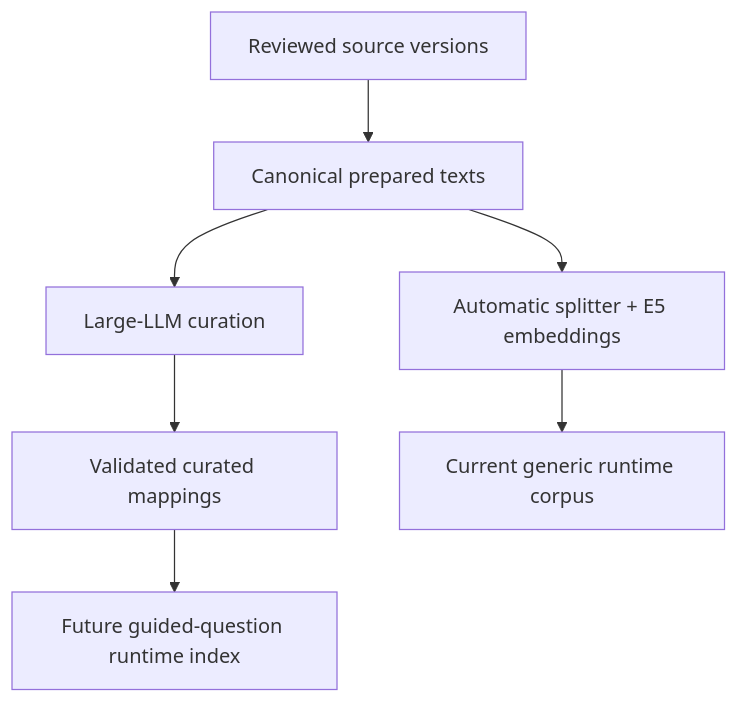
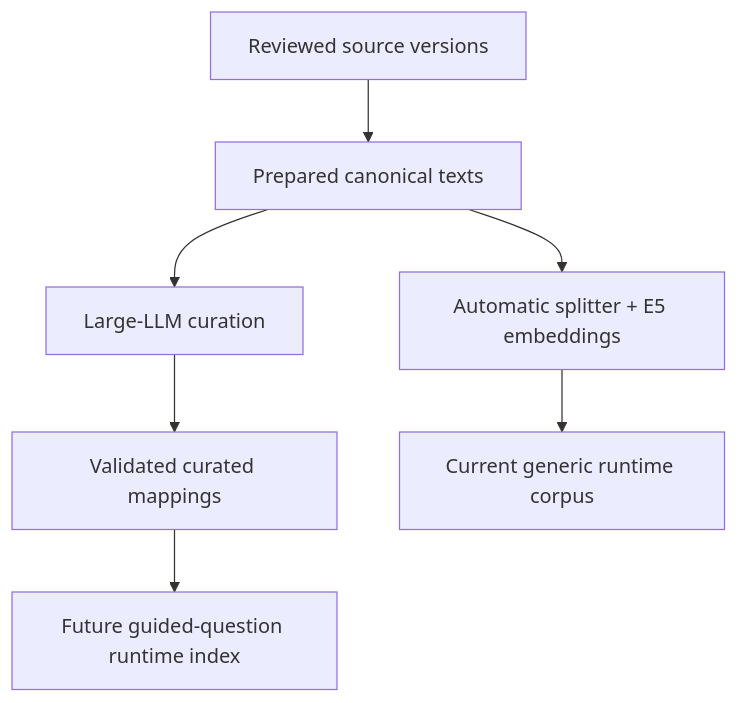
One commit to folk21/sibyl changed the first of 2 diagrams in docs/WORKFLOW.md. Above: the diagram before and after it, drawn with Mermaid. The commit also changed other lines of this file and 26 other files, not shown here.

````diff
--- a/docs/WORKFLOW.md
+++ b/docs/WORKFLOW.md
@@ -36,9 +34,9 @@
 ```mermaid
 flowchart TD
-    S[Reviewed source versions] --> C[Canonical prepared texts]
+    S[Reviewed source versions] --> C[Prepared canonical texts]
     C --> L[Large-LLM curation]
     C --> A[Automatic splitter + E5 embeddings]
     L --> M[Validated curated mappings]
     A --> R[Current generic runtime corpus]
     M --> F[Future guided-question runtime index]
 ```
````
